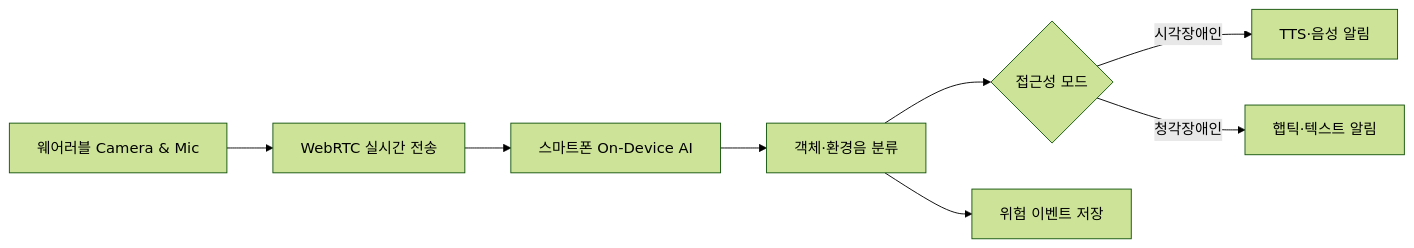
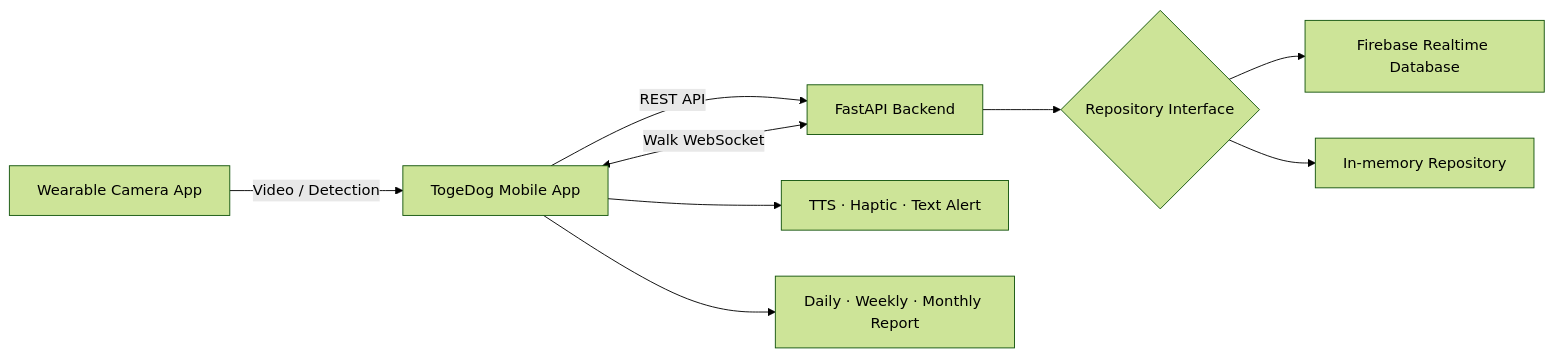
Before and after one commit to LG-TogeDog-Project/.github: the diagram in profile/README.md, drawn with Mermaid (forest theme). The commit also changed other lines of this file, not shown here.

Commit message:
docs: publish TogeDog organization structure

````diff
--- a/profile/README.md
+++ b/profile/README.md
@@ -394,10 +38,11 @@
 ```mermaid
 flowchart LR
-    A[웨어러블 Camera & Mic] --> B[WebRTC 실시간 전송]
-    B --> C[스마트폰 On-Device AI]
-    C --> D[객체·환경음 분류]
-    D --> E{접근성 모드}
-    E -->|시각장애인| F[TTS·음성 알림]
-    E -->|청각장애인| G[햅틱·텍스트 알림]
-    D --> H[위험 이벤트 저장]
+    W[Wearable Camera App] -->|Video / Detection| M[TogeDog Mobile App]
+    M -->|REST API| B[FastAPI Backend]
+    M <-->|Walk WebSocket| B
+    B --> R{Repository Interface}
+    R --> F[Firebase Realtime Database]
+    R --> I[In-memory Repository]
+    M --> A[TTS · Haptic · Text Alert]
+    M --> P[Daily · Weekly · Monthly Report]
 ```
````
